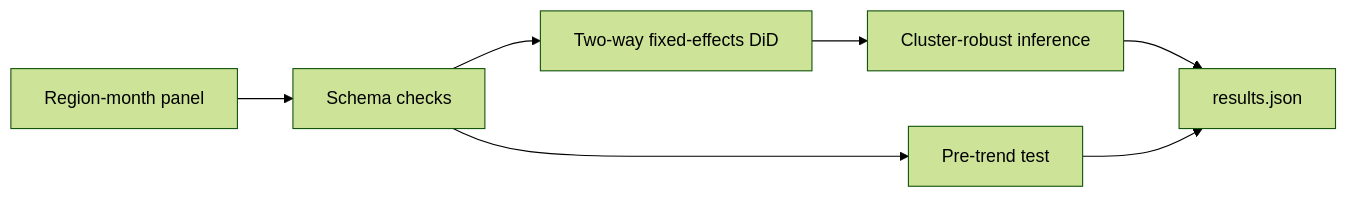
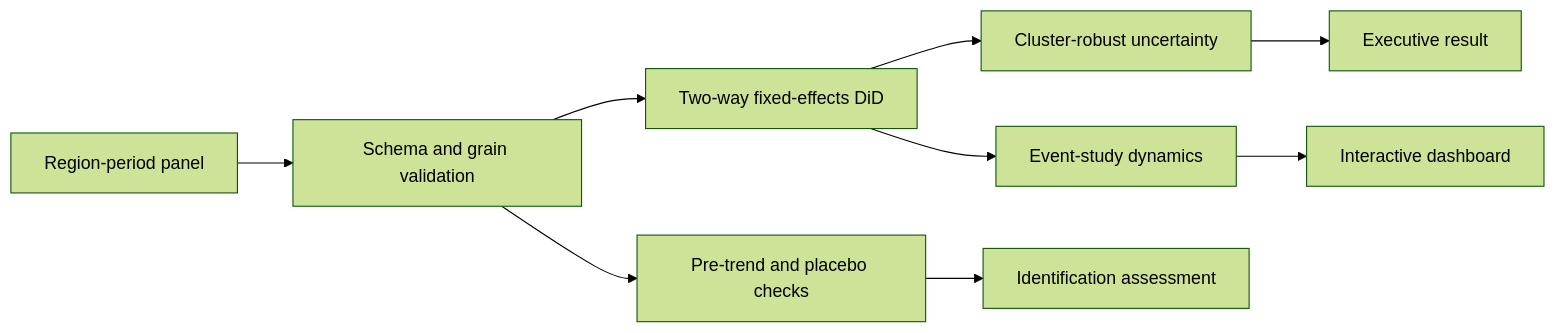
One commit to sagarmandavkar-UX/policy-causal-evaluation changed the diagram in README.md. Above: the diagram before and after it, drawn with Mermaid (forest theme). The commit also changed other lines of this file and 15 other files, not shown here.

````diff
--- a/README.md
+++ b/README.md
@@ -19,9 +35,11 @@
 ```mermaid
 flowchart LR
-  A[Region-month panel] --> B[Schema checks]
-  B --> C[Two-way fixed-effects DiD]
-  C --> D[Cluster-robust inference]
-  B --> E[Pre-trend test]
-  D --> F[results.json]
-  E --> F
+    A[Region-period panel] --> B[Schema and grain validation]
+    B --> C[Two-way fixed-effects DiD]
+    B --> D[Pre-trend and placebo checks]
+    C --> E[Cluster-robust uncertainty]
+    C --> F[Event-study dynamics]
+    D --> G[Identification assessment]
+    E --> H[Executive result]
+    F --> I[Interactive dashboard]
 ```
````
